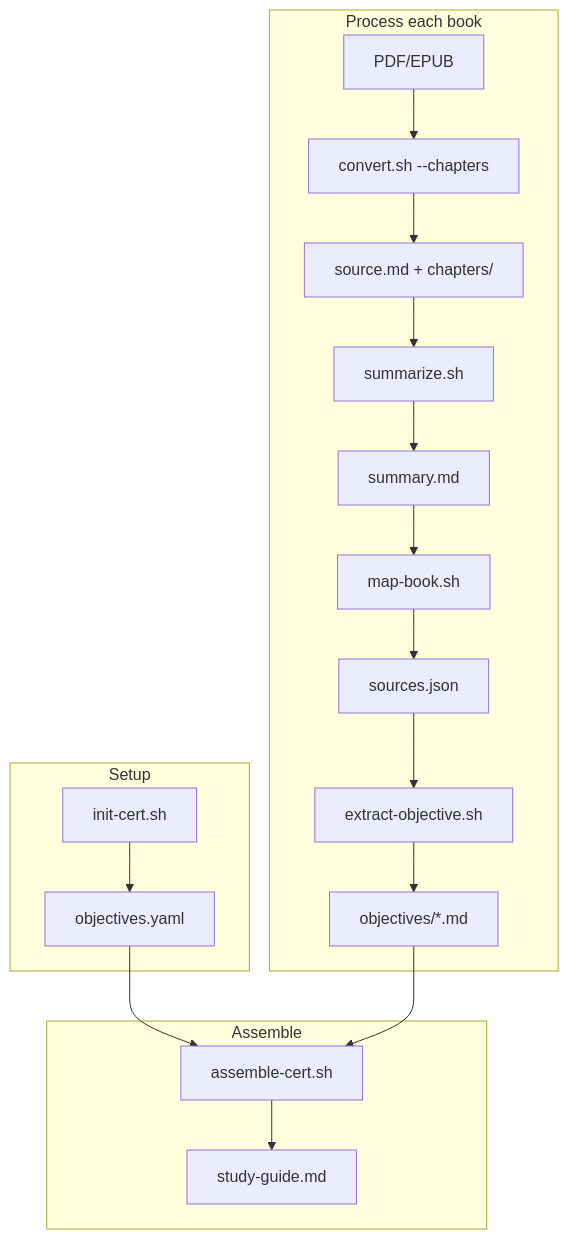
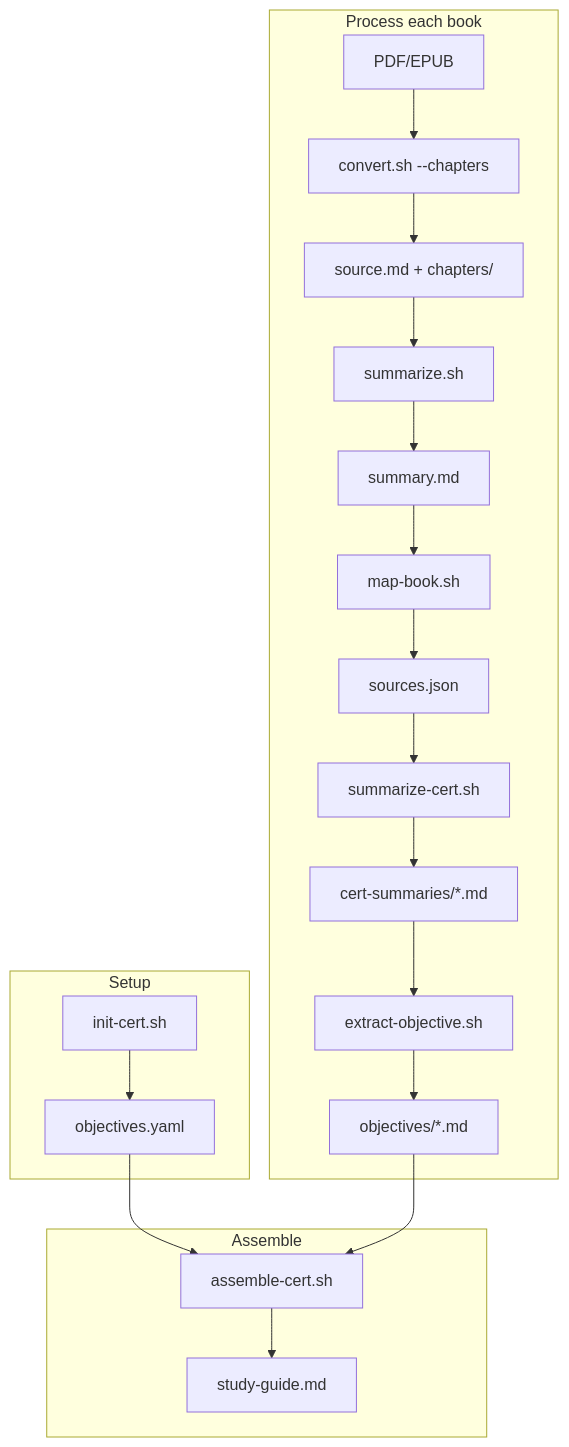
Before and after one commit to vanastassiou/lector: the third of 3 diagrams in README.md, drawn with Mermaid. The commit also changed other lines of this file and 41 other files, not shown here.

````diff
--- a/README.md
+++ b/README.md
@@ -105,23 +105,25 @@
 ```mermaid
 flowchart TD
     subgraph Setup
         A[init-cert.sh] --> B[objectives.yaml]
     end
 
     subgraph "Process each book"
         C[PDF/EPUB] --> D[convert.sh --chapters]
         D --> E[source.md + chapters/]
         E --> F[summarize.sh]
         F --> G[summary.md]
         G --> H[map-book.sh]
         H --> I[sources.json]
-        I --> J[extract-objective.sh]
-        J --> K[objectives/*.md]
+        I --> J[summarize-cert.sh]
+        J --> K[cert-summaries/*.md]
+        K --> L[extract-objective.sh]
+        L --> M[objectives/*.md]
     end
 
     subgraph Assemble
-        B --> L[assemble-cert.sh]
-        K --> L
-        L --> M[study-guide.md]
+        B --> N[assemble-cert.sh]
+        M --> N
+        N --> O[study-guide.md]
     end
 ```
````
